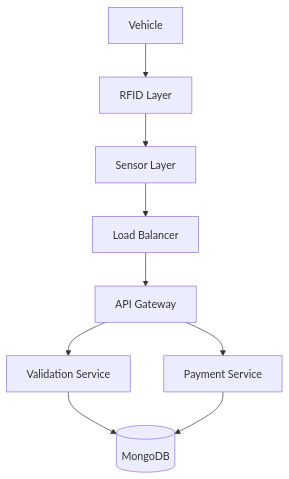
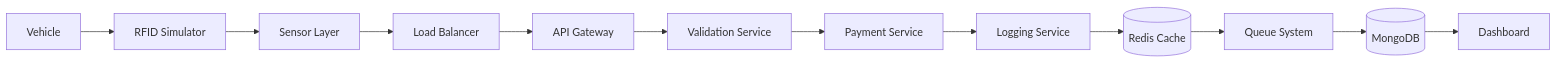
The first of 3 diagrams in README.md (Whatisthissam/smart-toll-simulator), drawn with Mermaid before and after one commit. The commit also changed other lines of this file, not shown here.

````diff
--- a/README.md
+++ b/README.md
@@ -76,11 +197,39 @@
 ```mermaid
-graph TD
-    V[Vehicle] --> R[RFID Layer]
-    R --> S[Sensor Layer]
-    S --> LB[Load Balancer]
-    LB --> AG[API Gateway]
-    AG --> VS[Validation Service]
-    AG --> PS[Payment Service]
-    VS --> DB[(MongoDB)]
-    PS --> DB
+flowchart LR
+
+V[Vehicle]
+
+RFID[RFID Simulator]
+
+CAM[Sensor Layer]
+
+LB[Load Balancer]
+
+APIG[API Gateway]
+
+VAL[Validation Service]
+
+PAY[Payment Service]
+
+LOG[Logging Service]
+
+CACHE[(Redis Cache)]
+
+Q[Queue System]
+
+DB[(MongoDB)]
+
+DASH[Dashboard]
+
+V --> RFID
+RFID --> CAM
+CAM --> LB
+LB --> APIG
+APIG --> VAL
+VAL --> PAY
+PAY --> LOG
+LOG --> CACHE
+CACHE --> Q
+Q --> DB
+DB --> DASH
 ```
````
